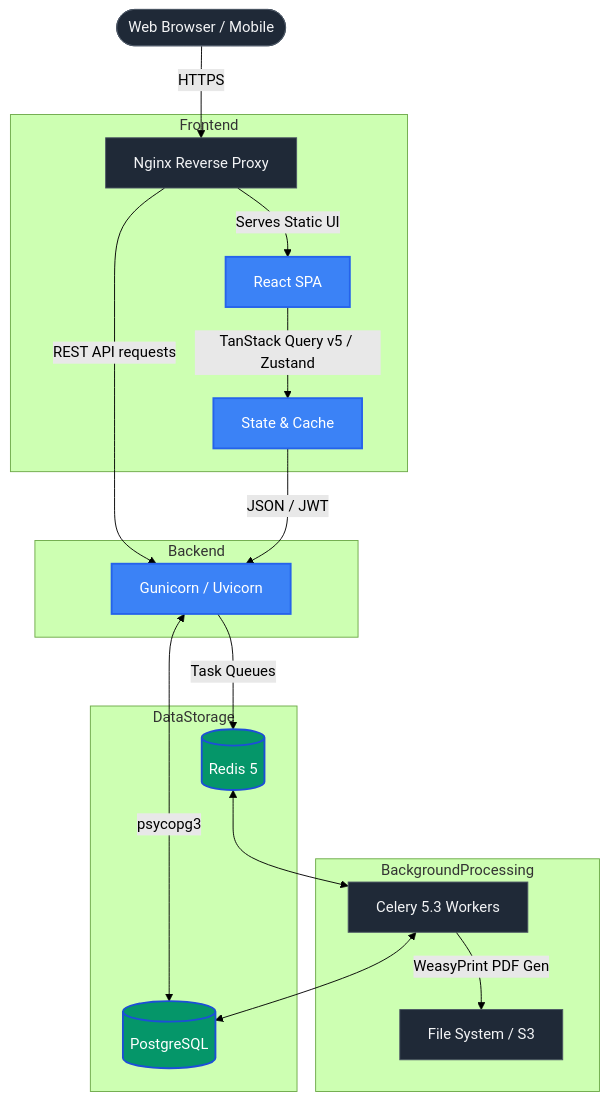
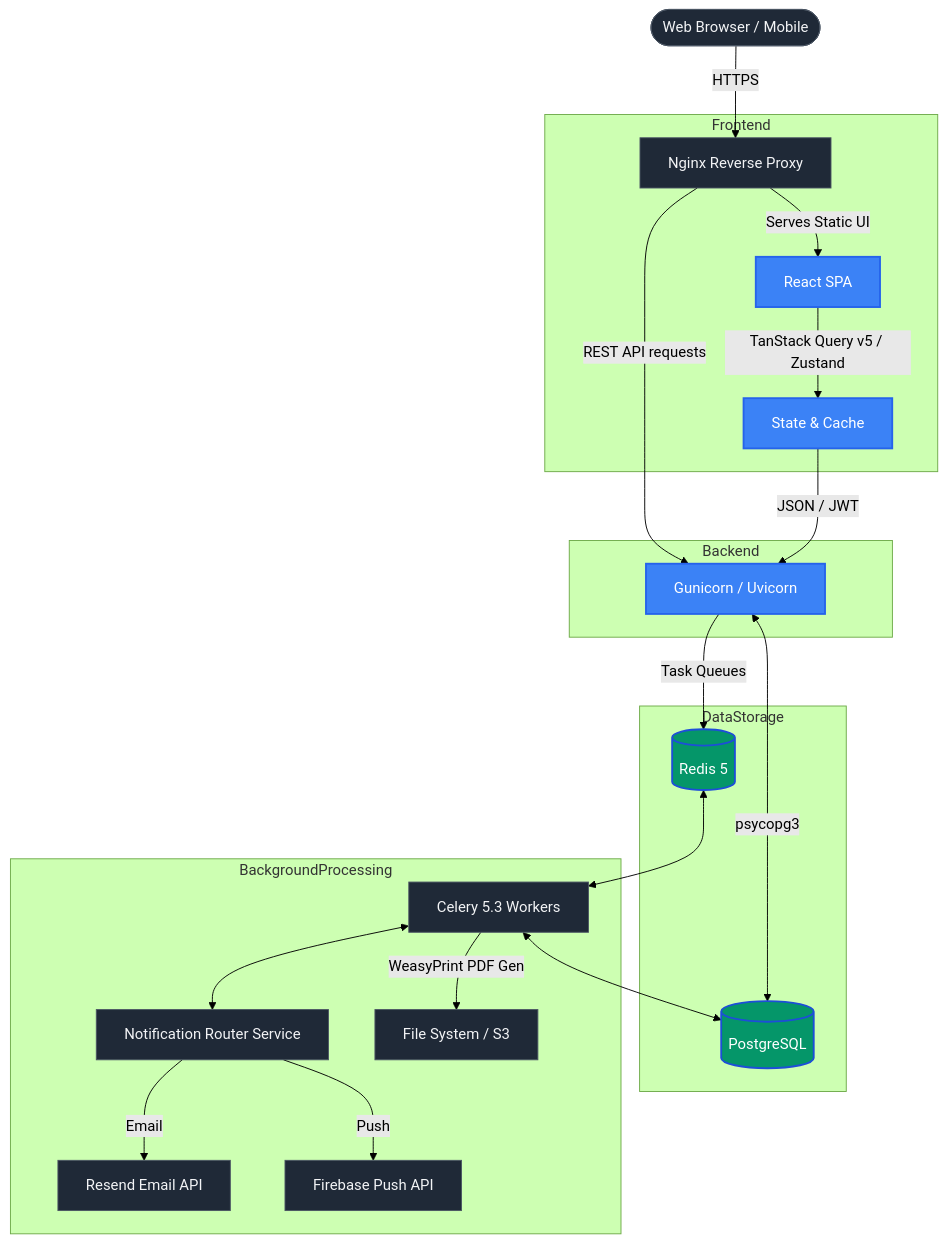
Before and after one commit to bedikryst/VoctManager: the diagram in README.md, drawn with Mermaid (forest theme). The commit also changed 1 other file, not shown here.

Commit message:
feat(docs): enhance README and README.pl with NotificationService details in architecture diagram

````diff
--- a/README.md
+++ b/README.md
@@ -27,32 +27,35 @@
 ```mermaid
 graph TD
     Client([Web Browser / Mobile]) -->|HTTPS| Nginx[Nginx Reverse Proxy]
 
     subgraph Frontend
         Nginx -->|Serves Static UI| React[React SPA]
         React -->|TanStack Query v5 / Zustand| StateManager[State & Cache]
     end
 
     subgraph Backend
         Nginx -->|REST API requests| Gunicorn[Gunicorn / Uvicorn]
         StateManager -->|JSON / JWT| Gunicorn
     end
 
     subgraph DataStorage
         Gunicorn <-->|psycopg3| DB[(PostgreSQL)]
         Gunicorn -->|Task Queues| Redis[(Redis 5)]
     end
 
     subgraph BackgroundProcessing
         Redis <--> Celery[Celery 5.3 Workers]
+        Celery <--> NotificationService[Notification Router Service]
+        NotificationService -->|Email| Resend[Resend Email API]
+        NotificationService -->|Push| Firebase[Firebase Push API]
         Celery <--> DB
         Celery -->|WeasyPrint PDF Gen| Ext[File System / S3]
     end
 
     classDef default fill:#1f2937,stroke:#4b5563,stroke-width:1px,color:#f3f4f6;
     classDef highlight fill:#3b82f6,stroke:#2563eb,stroke-width:2px,color:#ffffff;
     classDef db fill:#059669,stroke:#1d4ed8,stroke-width:2px,color:#ffffff;
 
     class React,StateManager,Gunicorn highlight;
     class DB,Redis db;
 ```
````
